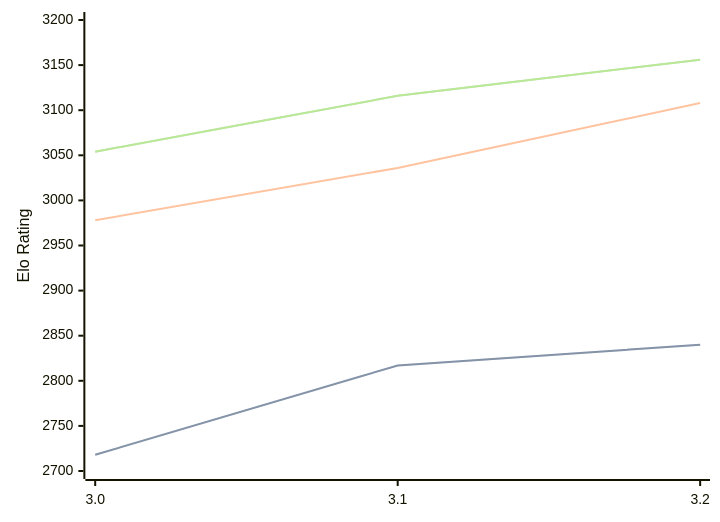
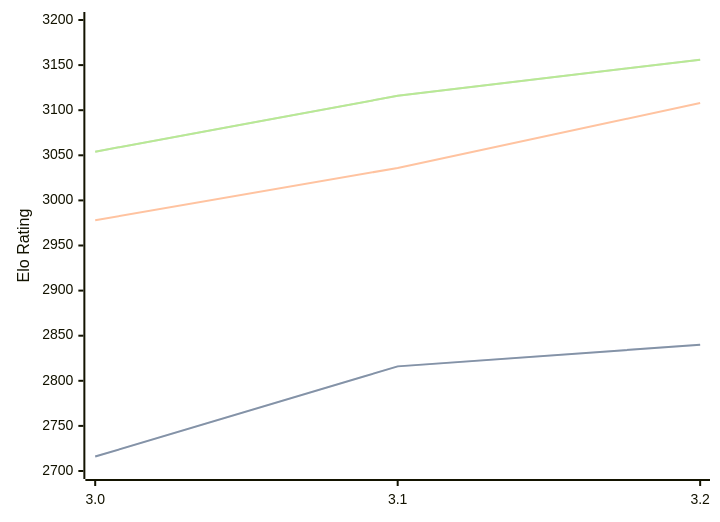
The third of 3 diagrams in engines/Vajolet2.md (computer-chess-index/cci), drawn with Mermaid before and after one commit. The commit also changed other lines of this file, not shown here.

````diff
--- a/engines/Vajolet2.md
+++ b/engines/Vajolet2.md
@@ -74,11 +74,11 @@
 ```mermaid
 %%{init: {"theme":"base","themeVariables":{"seriesColors:['#a3a3a3','#222221','#faa371']}}}%%
 xychart-beta
   x-axis ["3.0", "3.1", "3.2"]
   y-axis "Elo Rating" 2700 --> 3200
-  line "STC (8.0+0.08s)" [2718, 2817, 2840]
-  line "STC (8.0+0.08s)" [2718, 2817, 2840]
+  line "STC (8.0+0.08s)" [2716, 2816, 2840]
+  line "STC (8.0+0.08s)" [2716, 2816, 2840]
   line "LTC (60.0+0.60s)" [2978, 3036, 3108]
   line "VLTC (2m24s+1.12s)" [3054, 3116, 3156]
   line "VLTC (2m24s+1.12s)" [3054, 3116, 3156]
 ```
````
